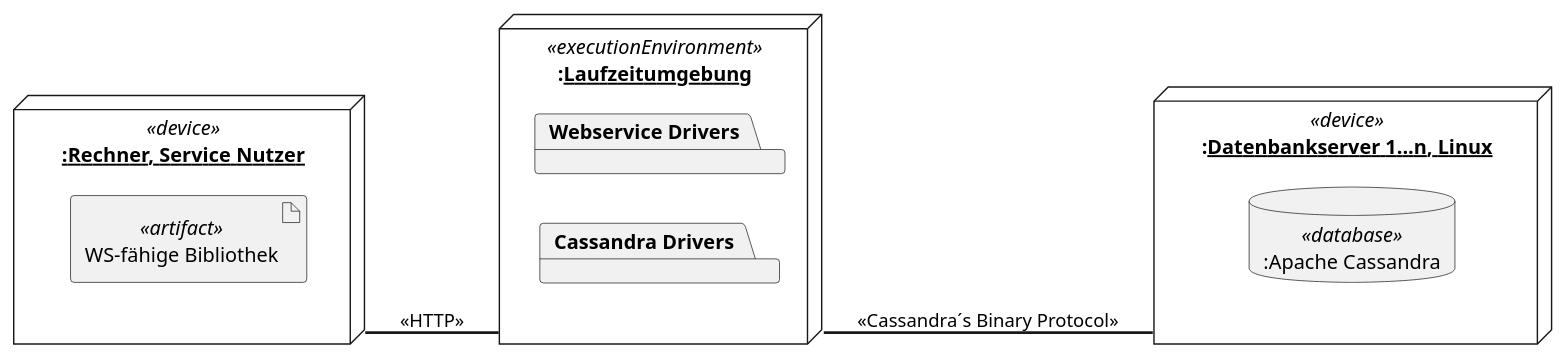
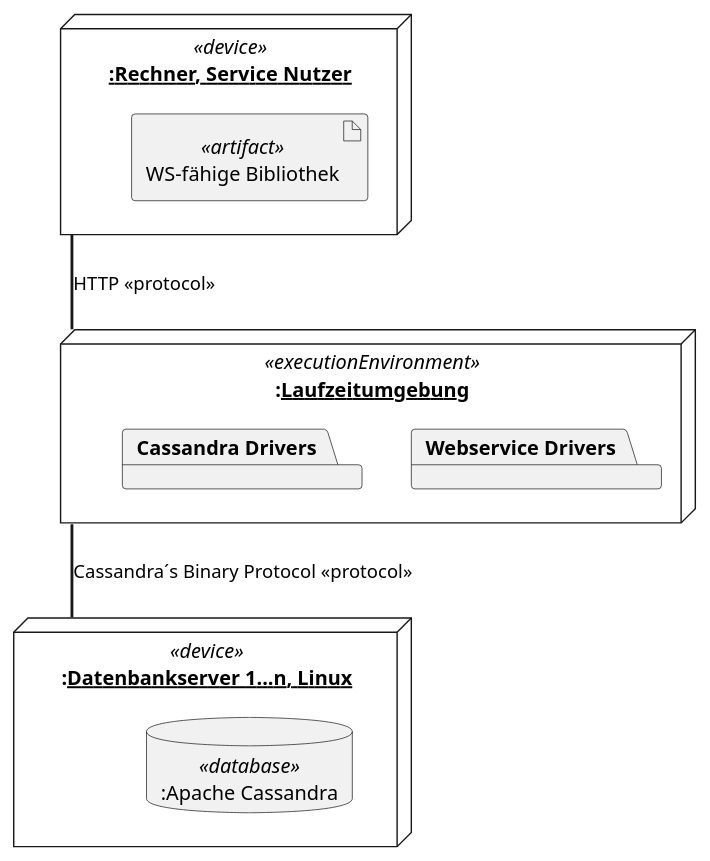
Before and after one commit to wagnst/forecast-cassandra: the diagram in diagrams/deployment/deployment_diagram_layer-1.puml, drawn with PlantUML. The commit also changed 6 other files, not shown here.

```diff
--- a/diagrams/deployment/deployment_diagram_layer-1.puml
+++ b/diagrams/deployment/deployment_diagram_layer-1.puml
@@ -1,24 +1,24 @@
 @startuml
 
-left to right direction
+'left to right direction
 
 node ":__Laufzeitumgebung__" as LZ <<executionEnvironment>>{
 
     package "Webservice Drivers"
     package "Cassandra Drivers"
 }
 
 node "__:Rechner, Service Nutzer__" as N2 <<device>>{
 
     artifact "WS-fähige Bibliothek" <<artifact>>
  }
 
 node ":__Datenbankserver 1...n, Linux__" as N1 <<device>>{
 
     database ":Apache Cassandra" as Cassandra <<database>>
 }
 
-LZ == N1: <<Cassandra´s Binary Protocol>>
-LZ =up= N2: <<HTTP>>
+LZ == N1: Cassandra´s Binary Protocol <<protocol>>
+LZ =up= N2: HTTP <<protocol>>
 
 @enduml
```
